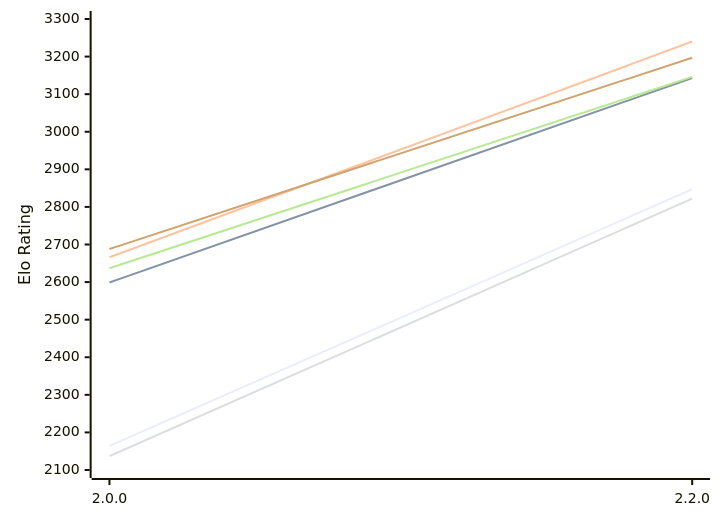
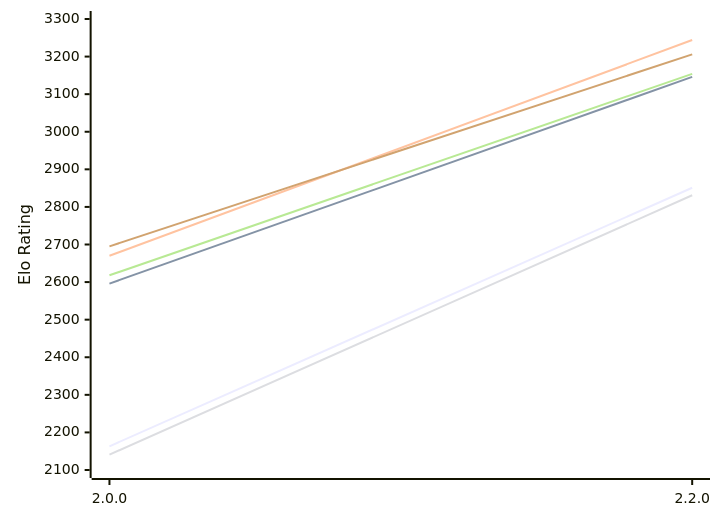
One commit to computer-chess-index/cci changed the first of 2 diagrams in engines/SoloEngine.md. Above: the diagram before and after it, drawn with Mermaid. The commit also changed other lines of this file, not shown here.

Commit message:
Update CCI Ratings (ELO VLTC) - 2026-11-25

````diff
--- a/engines/SoloEngine.md
+++ b/engines/SoloEngine.md
@@ -55,12 +55,12 @@
 ```mermaid
 %%{init: {"theme":"base","themeVariables":{"seriesColors:['#a3a3a3','#222221','#faa371']}}}%%
 xychart-beta
   x-axis ["2.0.0", "2.2.0"]
   y-axis "Elo Rating" 2100 --> 3300
-  line "E1: STC (8.0+0.08s)" [2164, 2847]
-  line "E1: LTC (60.0+0.60s)" [2599, 3143]
-  line "E1: VLTC (2m24s+1.12s)" [2666, 3240]
-  line "P1: STC (8.0+0.08s)" [2137, 2822]
-  line "P1: LTC (60.0+0.60s)" [2637, 3146]
-  line "P1: VLTC (2m24s+1.12s)" [2688, 3197]
+  line "E1: STC (8.0+0.08s)" [2163, 2851]
+  line "E1: LTC (60.0+0.60s)" [2596, 3146]
+  line "E1: VLTC (2m24s+1.12s)" [2670, 3244]
+  line "P1: STC (8.0+0.08s)" [2141, 2831]
+  line "P1: LTC (60.0+0.60s)" [2618, 3154]
+  line "P1: VLTC (2m24s+1.12s)" [2695, 3206]
 ```
````
